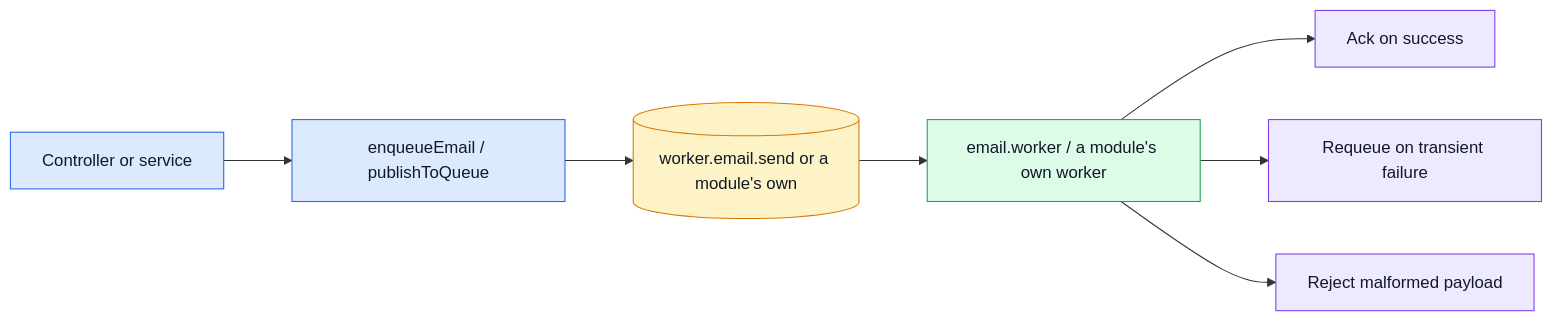
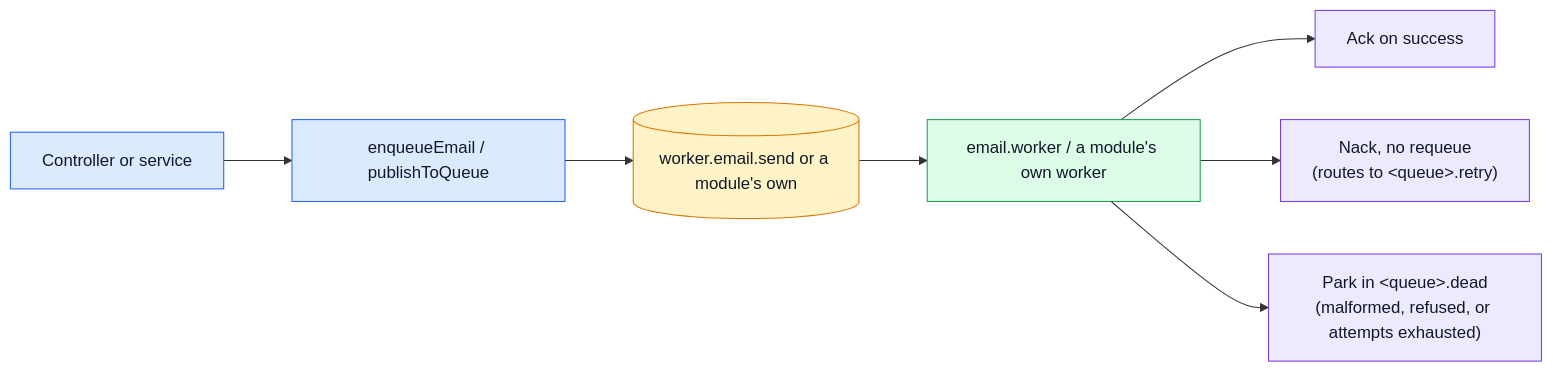
Before and after one commit to Guebbit/boilerplate-node-backend: the second of 3 diagrams in docs/tools/rabbitmq.md, drawn with Mermaid. The commit also changed other lines of this file and 3 other files, not shown here.

````diff
--- a/docs/tools/rabbitmq.md
+++ b/docs/tools/rabbitmq.md
@@ -81,19 +81,19 @@
 ```mermaid
 %%{init: {'flowchart': {'nodeSpacing': 50, 'rankSpacing': 65}}}%%
 flowchart LR
     Producer[Controller or service] --> Publish[enqueueEmail / publishToQueue]
     Publish --> Queue[(worker.email.send or a module's own)]
     Queue --> Consume[email.worker / a module's own worker]
     Consume --> Ack[Ack on success]
-    Consume --> Retry[Requeue on transient failure]
-    Consume --> Drop[Reject malformed payload]
+    Consume --> Retry["Nack, no requeue<br/>(routes to &lt;queue&gt;.retry)"]
+    Consume --> Drop["Park in &lt;queue&gt;.dead<br/>(malformed, refused, or attempts exhausted)"]
 
     classDef app fill:#dbeafe,stroke:#2563eb,color:#111827;
     classDef queue fill:#fef3c7,stroke:#d97706,color:#111827;
     classDef worker fill:#dcfce7,stroke:#16a34a,color:#111827;
     classDef result fill:#ede9fe,stroke:#7c3aed,color:#111827;
     class Producer,Publish app;
     class Queue queue;
     class Consume worker;
     class Ack,Retry,Drop result;
 ```
````
